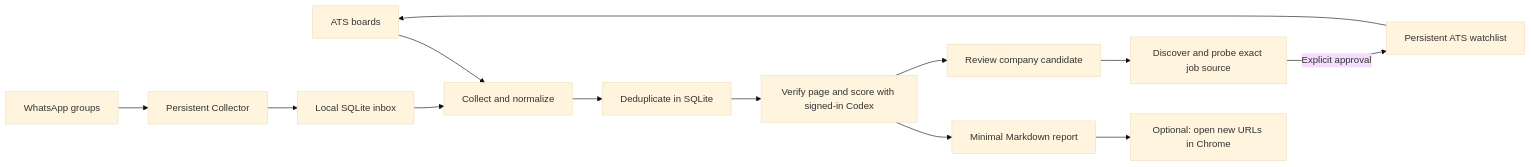
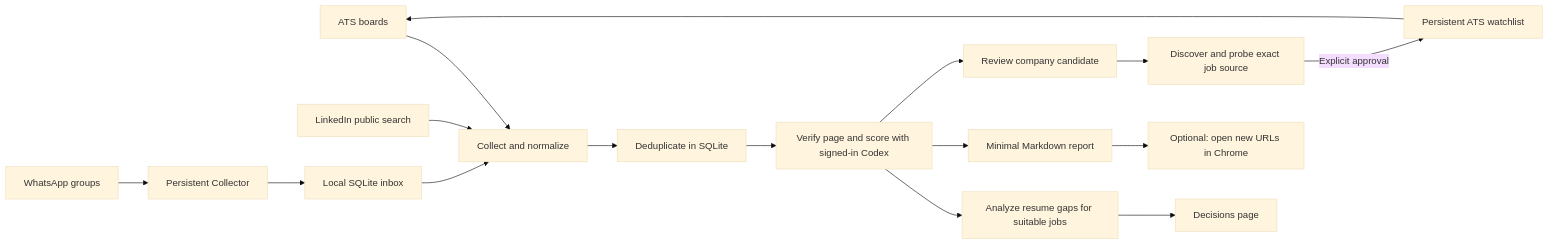
The diagram in docs/TECHNICAL.md (amirge118/jobops), drawn with Mermaid (base theme) before and after one commit. The commit also changed other lines of this file and 76 other files, not shown here.

````diff
--- a/docs/TECHNICAL.md
+++ b/docs/TECHNICAL.md
@@ -45,15 +45,18 @@
 ```mermaid
 flowchart LR
     A["ATS boards"] --> C["Collect and normalize"]
+    L["LinkedIn public search"] --> C
     B["WhatsApp groups"] --> W["Persistent Collector"]
     W --> Q["Local SQLite inbox"]
     Q --> C
     C --> D["Deduplicate in SQLite"]
     D --> E["Verify page and score with signed-in Codex"]
+    E --> X["Analyze resume gaps for suitable jobs"]
+    X --> J["Decisions page"]
     E --> F["Minimal Markdown report"]
     F --> G["Optional: open new URLs in Chrome"]
     E --> H["Review company candidate"]
     H --> R["Discover and probe exact job source"]
     R -->|"Explicit approval"| I["Persistent ATS watchlist"]
     I --> A
 ```
````
